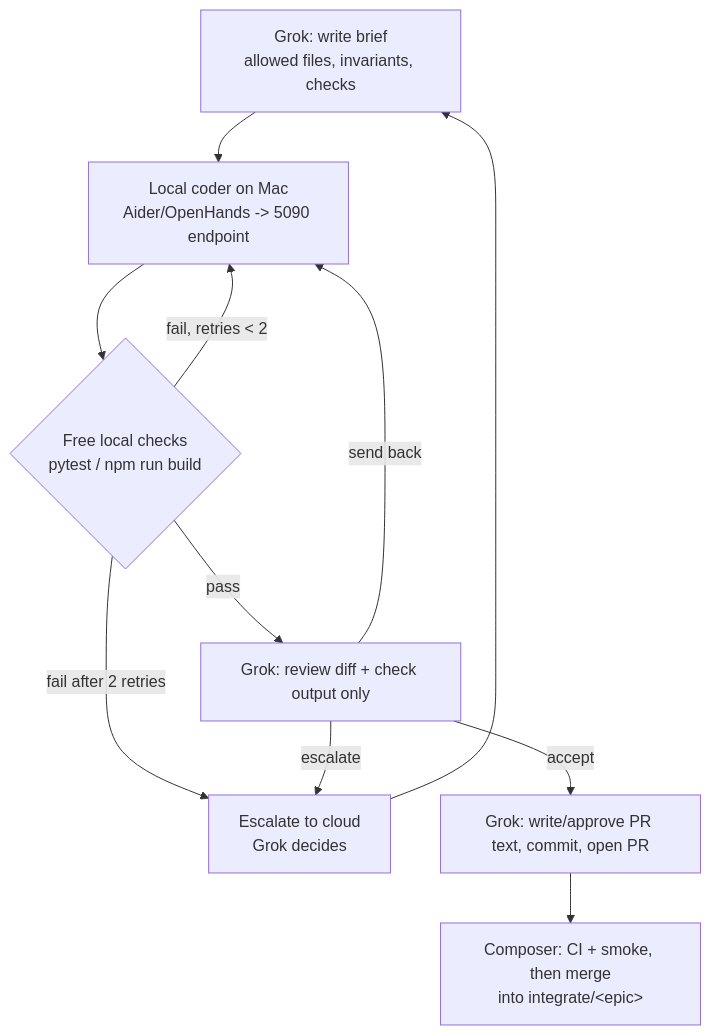
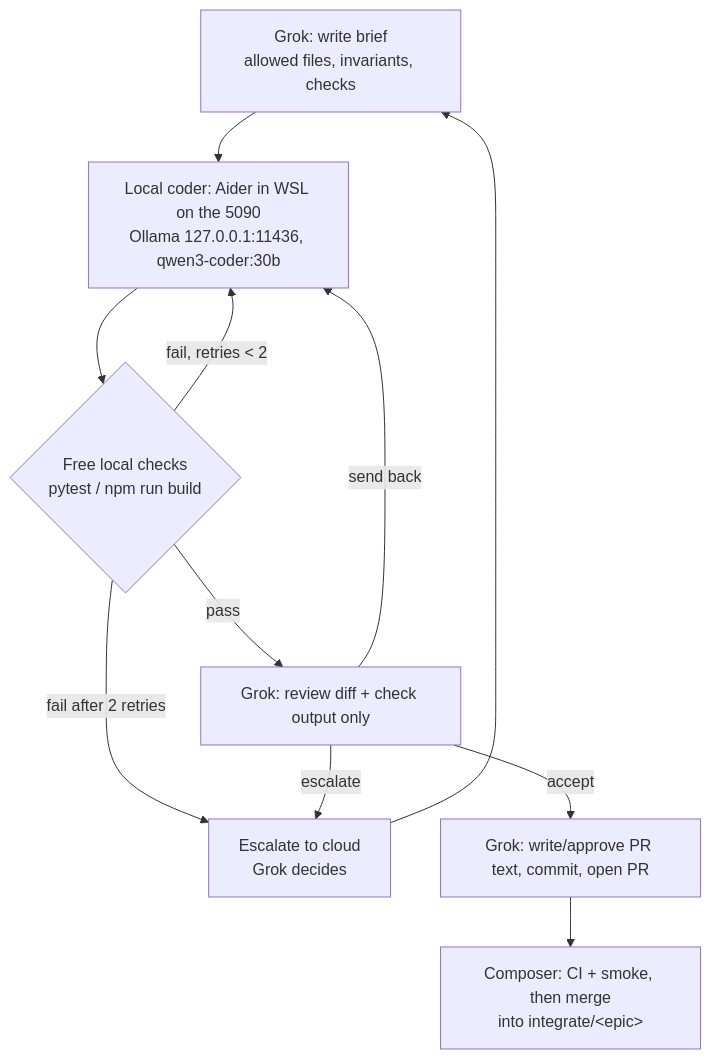
One commit to FOKanu/AppFly changed the diagram in docs/workflow/MULTI_AGENT.md. Above: the diagram before and after it, drawn with Mermaid. The commit also changed other lines of this file and 5 other files, not shown here.

First line of the commit message:
docs: document live 5090 local-coder stack; README to storage-v1

````diff
--- a/docs/workflow/MULTI_AGENT.md
+++ b/docs/workflow/MULTI_AGENT.md
@@ -42,13 +45,13 @@
 ```mermaid
 flowchart TD
-    G1[Grok: write brief<br/>allowed files, invariants, checks] --> L1[Local coder on Mac<br/>Aider/OpenHands -> 5090 endpoint]
+    G1[Grok: write brief<br/>allowed files, invariants, checks] --> L1[Local coder: Aider in WSL on the 5090<br/>Ollama 127.0.0.1:11436, qwen3-coder:30b]
     L1 --> C1{Free local checks<br/>pytest / npm run build}
     C1 -- fail, retries < 2 --> L1
     C1 -- fail after 2 retries --> E[Escalate to cloud<br/>Grok decides]
     C1 -- pass --> G2[Grok: review diff + check output only]
     G2 -- send back --> L1
     G2 -- escalate --> E
     G2 -- accept --> G3[Grok: write/approve PR text, commit, open PR]
     G3 --> M[Composer: CI + smoke, then merge<br/>into integrate/&lt;epic&gt;]
     E --> G1
 ```
````
